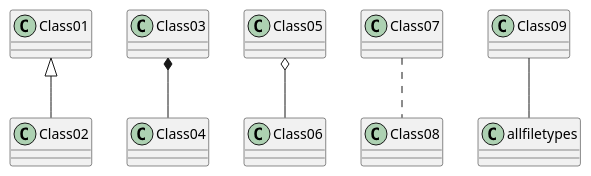
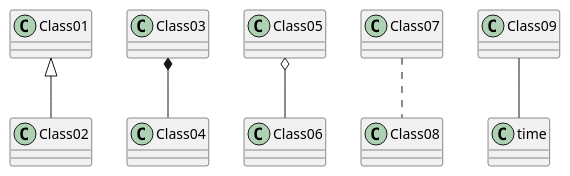
The diagram in meilenstein_03/test.puml (weichware10/meilensteine), drawn with PlantUML before and after one commit. The commit also changed 1 other file, not shown here.

Commit message:
added time flag

```diff
--- a/meilenstein_03/test.puml
+++ b/meilenstein_03/test.puml
@@ -1,7 +1,7 @@
 @startuml test
 Class01 <|-- Class02
 Class03 *-- Class04
 Class05 o-- Class06
 Class07 .. Class08
-Class09 -- allfiletypes
+Class09 -- time
 @enduml
```
